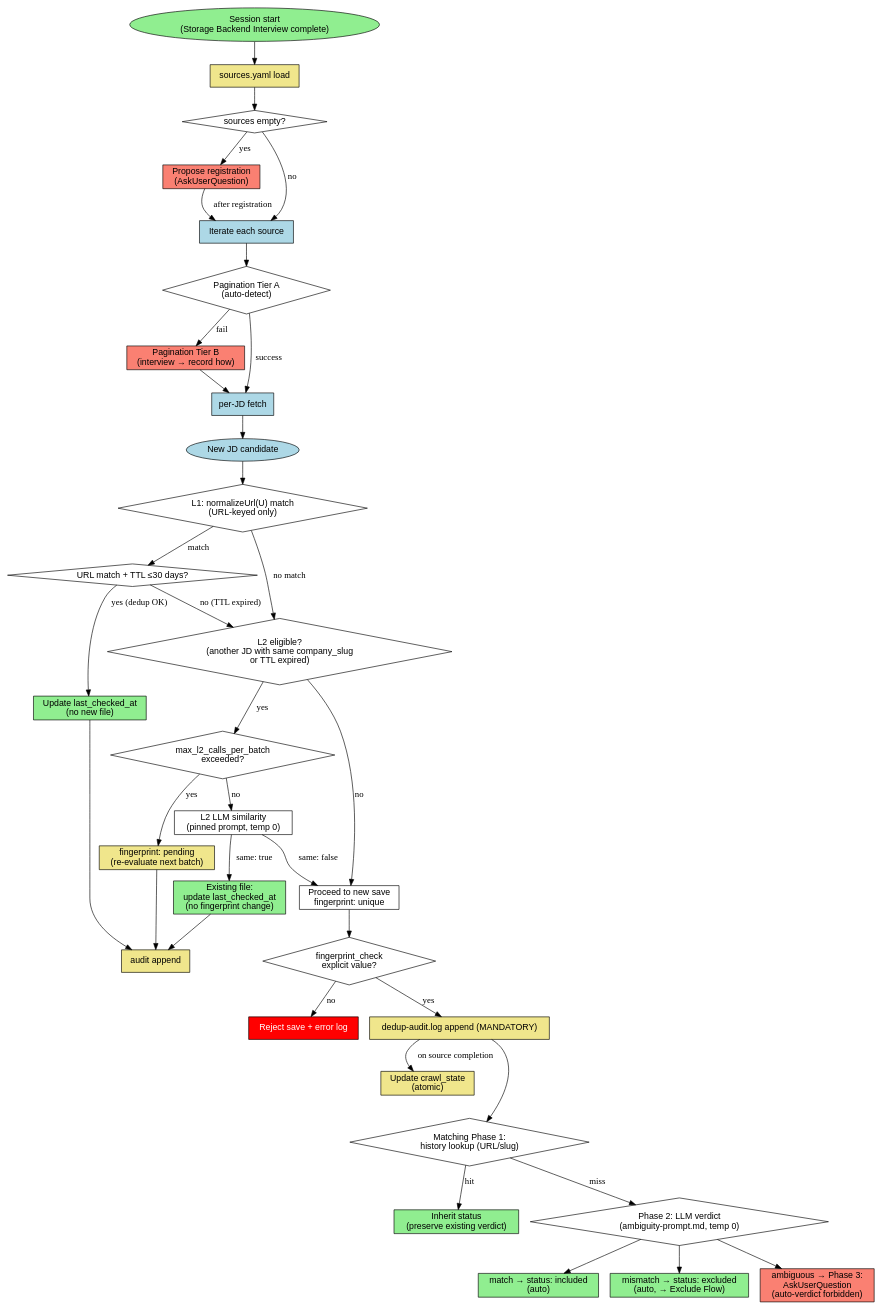
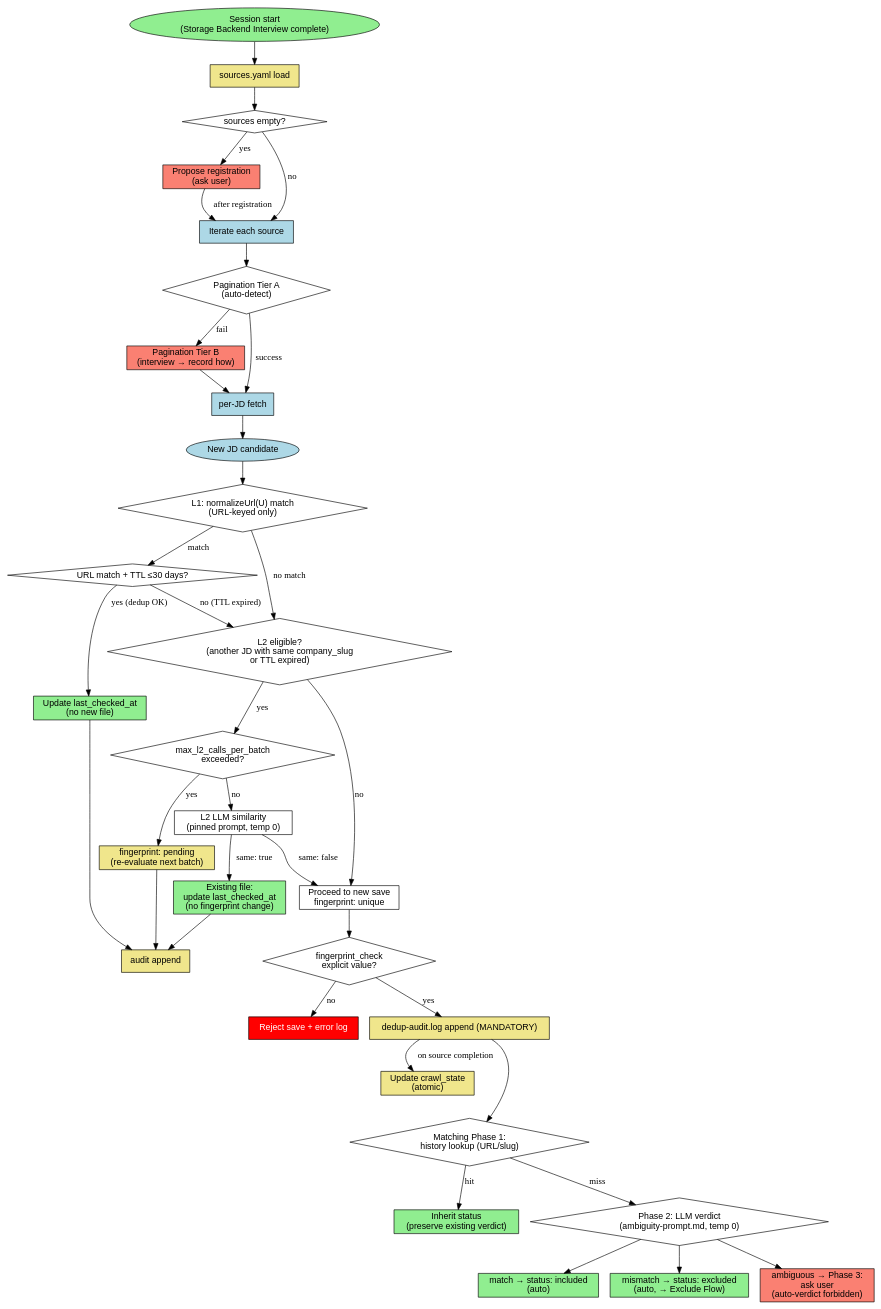
Before and after one commit to toongri/oh-my-toong-playground: the first of 4 diagrams in skills/collect-jd/reference/dedup-and-discovery.md, drawn with Graphviz. The commit also changed other lines of this file and 5 other files, not shown here.

First line of the commit message:
refactor: collect-jd에서 AskUserQuestion 표현 제거

````diff
--- a/skills/collect-jd/reference/dedup-and-discovery.md
+++ b/skills/collect-jd/reference/dedup-and-discovery.md
@@ -26,78 +26,78 @@
 ```dot
 digraph dedup_matching_flow {
   rankdir=TB;
   node [shape=box, fontname="Helvetica"];
 
   start [label="Session start\n(Storage Backend Interview complete)", shape=ellipse, style=filled, fillcolor=lightgreen];
   sources_load [label="sources.yaml load", style=filled, fillcolor=khaki];
   sources_empty [label="sources empty?", shape=diamond];
-  ask_register [label="Propose registration\n(AskUserQuestion)", style=filled, fillcolor=salmon];
+  ask_register [label="Propose registration\n(ask user)", style=filled, fillcolor=salmon];
   source_iter [label="Iterate each source", style=filled, fillcolor=lightblue];
   pagination_tierA [label="Pagination Tier A\n(auto-detect)", shape=diamond];
   pagination_tierB [label="Pagination Tier B\n(interview → record how)", style=filled, fillcolor=salmon];
   per_jd_fetch [label="per-JD fetch", style=filled, fillcolor=lightblue];
   crawl_memory_update [label="Update crawl_state\n(atomic)", style=filled, fillcolor=khaki];
 
   candidate [label="New JD candidate", shape=ellipse, style=filled, fillcolor=lightblue];
 
   l1 [label="L1: normalizeUrl(U) match\n(URL-keyed only)", shape=diamond];
   l1_url [label="URL match + TTL ≤30 days?", shape=diamond];
   update_ts [label="Update last_checked_at\n(no new file)", style=filled, fillcolor=lightgreen];
 
   l2_eligible [label="L2 eligible?\n(another JD with same company_slug\nor TTL expired)", shape=diamond];
   l2_cap [label="max_l2_calls_per_batch\nexceeded?", shape=diamond];
   l2_pending [label="fingerprint: pending\n(re-evaluate next batch)", style=filled, fillcolor=khaki];
   l2_call [label="L2 LLM similarity\n(pinned prompt, temp 0)"];
   l2_dup [label="Existing file:\nupdate last_checked_at\n(no fingerprint change)", style=filled, fillcolor=lightgreen];
   save_unique [label="Proceed to new save\nfingerprint: unique"];
   save_check [label="fingerprint_check\nexplicit value?", shape=diamond];
   reject [label="Reject save + error log", style=filled, fillcolor=red, fontcolor=white];
 
   audit [label="dedup-audit.log append (MANDATORY)", style=filled, fillcolor=khaki];
   audit_end [label="audit append", style=filled, fillcolor=khaki];
 
   phase1 [label="Matching Phase 1:\nhistory lookup (URL/slug)", shape=diamond];
   inherit [label="Inherit status\n(preserve existing verdict)", style=filled, fillcolor=lightgreen];
   phase2 [label="Phase 2: LLM verdict\n(ambiguity-prompt.md, temp 0)", shape=diamond];
   vmatch [label="match → status: included\n(auto)", style=filled, fillcolor=lightgreen];
   vmismatch [label="mismatch → status: excluded\n(auto, → Exclude Flow)", style=filled, fillcolor=lightgreen];
-  vambig [label="ambiguous → Phase 3:\nAskUserQuestion\n(auto-verdict forbidden)", style=filled, fillcolor=salmon];
+  vambig [label="ambiguous → Phase 3:\nask user\n(auto-verdict forbidden)", style=filled, fillcolor=salmon];
 
   start -> sources_load -> sources_empty;
   sources_empty -> ask_register [label="yes"];
   sources_empty -> source_iter [label="no"];
   ask_register -> source_iter [label="after registration"];
   source_iter -> pagination_tierA;
   pagination_tierA -> per_jd_fetch [label="success"];
   pagination_tierA -> pagination_tierB [label="fail"];
   pagination_tierB -> per_jd_fetch;
   per_jd_fetch -> candidate;
 
   candidate -> l1;
   l1 -> l1_url [label="match"];
   l1 -> l2_eligible [label="no match"];
   l1_url -> update_ts [label="yes (dedup OK)"];
   l1_url -> l2_eligible [label="no (TTL expired)"];
   l2_eligible -> l2_cap [label="yes"];
   l2_eligible -> save_unique [label="no"];
   l2_cap -> l2_pending [label="yes"];
   l2_cap -> l2_call [label="no"];
   l2_call -> l2_dup [label="same: true"];
   l2_call -> save_unique [label="same: false"];
 
   update_ts -> audit_end;
   l2_dup -> audit_end;
   l2_pending -> audit_end;
   save_unique -> save_check;
   save_check -> audit [label="yes"];
   save_check -> reject [label="no"];
   audit -> phase1;
   phase1 -> inherit [label="hit"];
   phase1 -> phase2 [label="miss"];
   phase2 -> vmatch;
   phase2 -> vmismatch;
   phase2 -> vambig;
   audit -> crawl_memory_update [label="on source completion"];
   crawl_memory_update -> phase1 [style=invis];
 }
 ```
````
